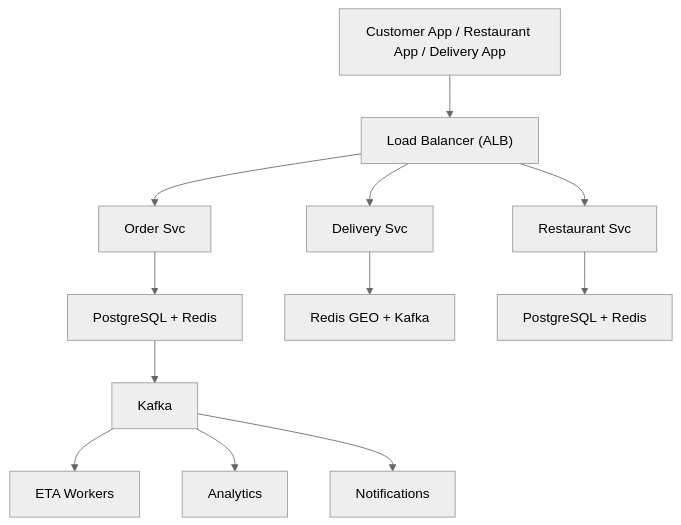
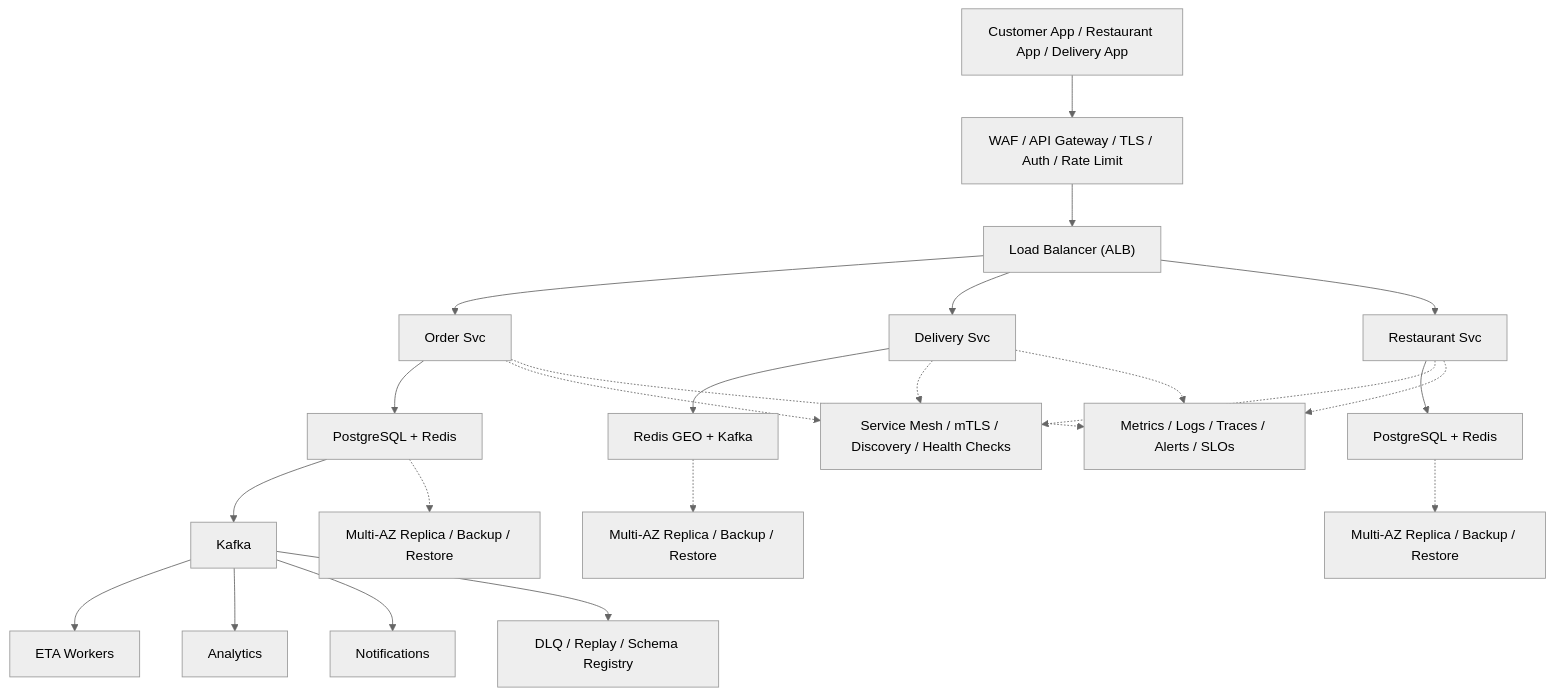
One commit to aishwary11/system-design changed the diagram in system-design-food-delivery.md. Above: the diagram before and after it, drawn with Mermaid (neutral theme). The commit also changed 31 other files, not shown here.

Commit message:
Add production-grade architecture details

````diff
--- a/system-design-food-delivery.md
+++ b/system-design-food-delivery.md
@@ -40,14 +40,25 @@
 ```mermaid
 flowchart TB
-    clients["Customer App / Restaurant App / Delivery App"] --> lb["Load Balancer (ALB)"]
+    clients["Customer App / Restaurant App / Delivery App"] --> edge["WAF / API Gateway / TLS / Auth / Rate Limit"]
+    edge --> lb["Load Balancer (ALB)"]
     lb --> svc0["Order Svc"]
     lb --> svc1["Delivery Svc"]
     lb --> svc2["Restaurant Svc"]
     svc0 --> store0["PostgreSQL + Redis"]
     svc1 --> store1["Redis GEO + Kafka"]
     svc2 --> store2["PostgreSQL + Redis"]
     store0 --> stream["Kafka"]
     stream --> worker0["ETA Workers"]
     stream --> worker1["Analytics"]
     stream --> worker2["Notifications"]
+    svc0 -.-> platform["Service Mesh / mTLS / Discovery / Health Checks"]
+    svc1 -.-> platform
+    svc2 -.-> platform
+    store0 -.-> backup0["Multi-AZ Replica / Backup / Restore"]
+    store1 -.-> backup1["Multi-AZ Replica / Backup / Restore"]
+    store2 -.-> backup2["Multi-AZ Replica / Backup / Restore"]
+    stream --> dlq["DLQ / Replay / Schema Registry"]
+    svc0 -.-> ops["Metrics / Logs / Traces / Alerts / SLOs"]
+    svc1 -.-> ops
+    svc2 -.-> ops
 ```
````
